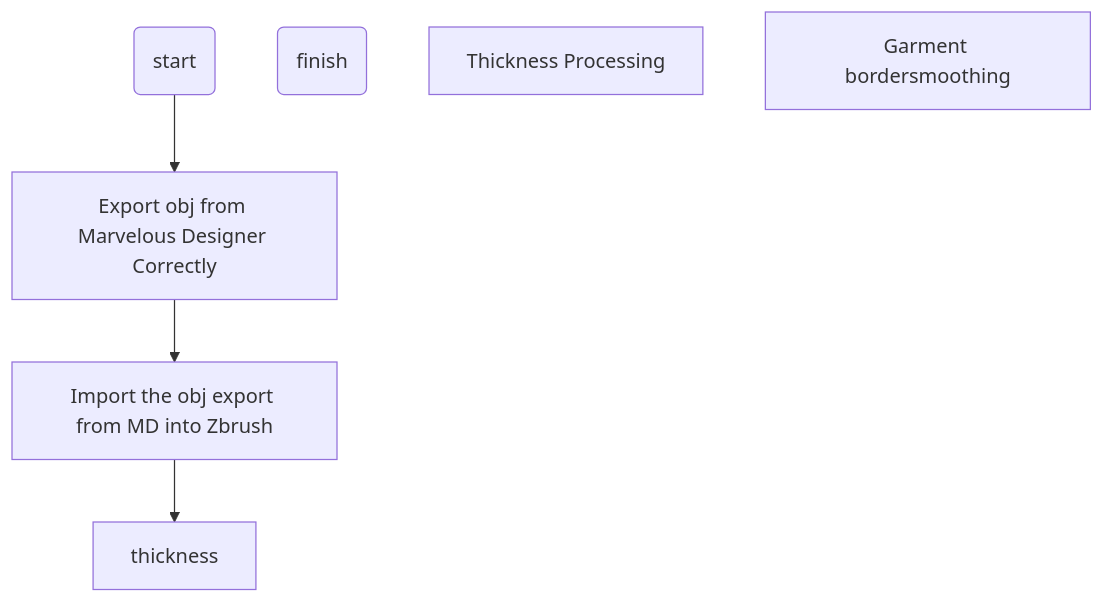
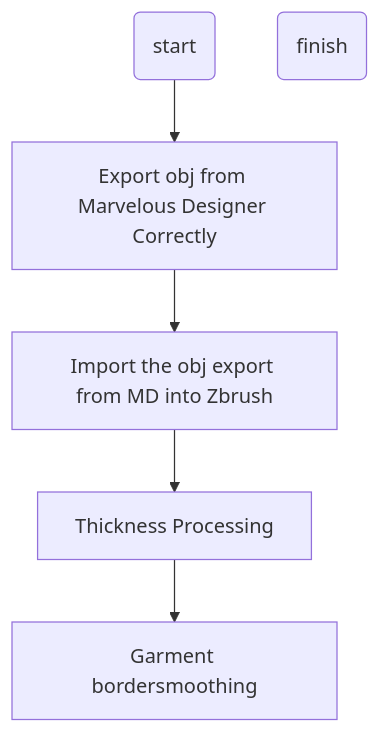
One commit to Navix647/Unreal_World changed the diagram in Zbrush.md. Above: the diagram before and after it, drawn with Mermaid. The commit also changed other lines of this file, not shown here.

Commit message:
Zbrush.md updated from https://stackedit.io/

````diff
--- a/Zbrush.md
+++ b/Zbrush.md
@@ -4,14 +4,14 @@
 ```mermaid
 flowchart
 	st(start)
 	mdexport[Export obj from Marvelous Designer Correctly]
 	zbimport[Import the obj export from MD into Zbrush]
 	ed(finish)
 	
-	thicknesss[Thickness Processing]
+	thickness[Thickness Processing]
 	bordersmooth[Garment bordersmoothing]
-	st-->mdexport-->zbimport-->thickness
+	st-->mdexport-->zbimport-->thickness-->bordersmooth
 	
 
 
 ```
````
